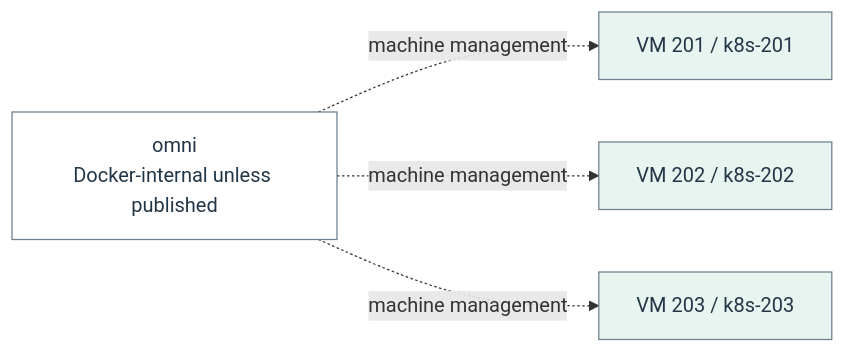
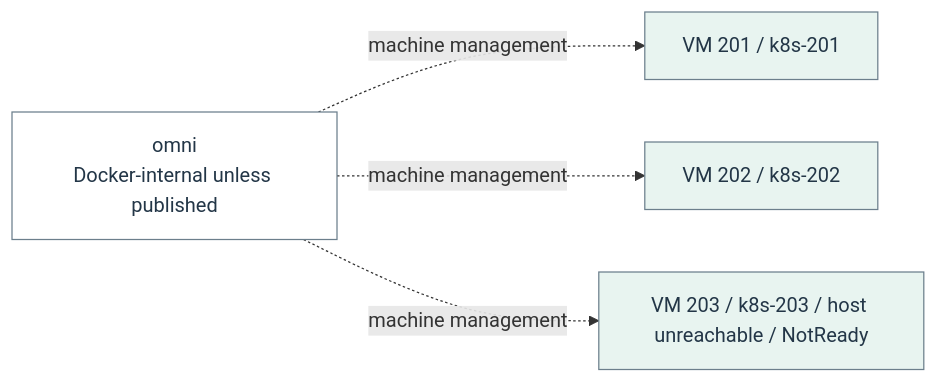
One commit to Harsh-2002/Homelab changed diagram 21 of 22 in docs/architecture/homelab-mermaid.md. Above: the diagram before and after it, drawn with Mermaid. The commit also changed other lines of this file and 27 other files, not shown here.

````diff
--- a/docs/architecture/homelab-mermaid.md
+++ b/docs/architecture/homelab-mermaid.md
@@ -603,14 +603,14 @@
 ```mermaid
 flowchart LR
   n_flow_16_0["omni<br/>Docker-internal unless published"]
   n_flow_16_1["VM 201 / k8s-201"]
   n_flow_16_2["VM 202 / k8s-202"]
-  n_flow_16_3["VM 203 / k8s-203"]
+  n_flow_16_3["VM 203 / k8s-203 / host unreachable / NotReady"]
   n_flow_16_0 -.->|"machine management"| n_flow_16_1
   n_flow_16_0 -.->|"machine management"| n_flow_16_2
   n_flow_16_0 -.->|"machine management"| n_flow_16_3
   classDef c_flow_16_0 fill:#ffffff,stroke:#6c7f8c,color:#233647;
   class n_flow_16_0 c_flow_16_0;
   classDef c_flow_16_1 fill:#e8f4f0,stroke:#6c7f8c,color:#233647;
   class n_flow_16_1,n_flow_16_2,n_flow_16_3 c_flow_16_1;
 ```
````
